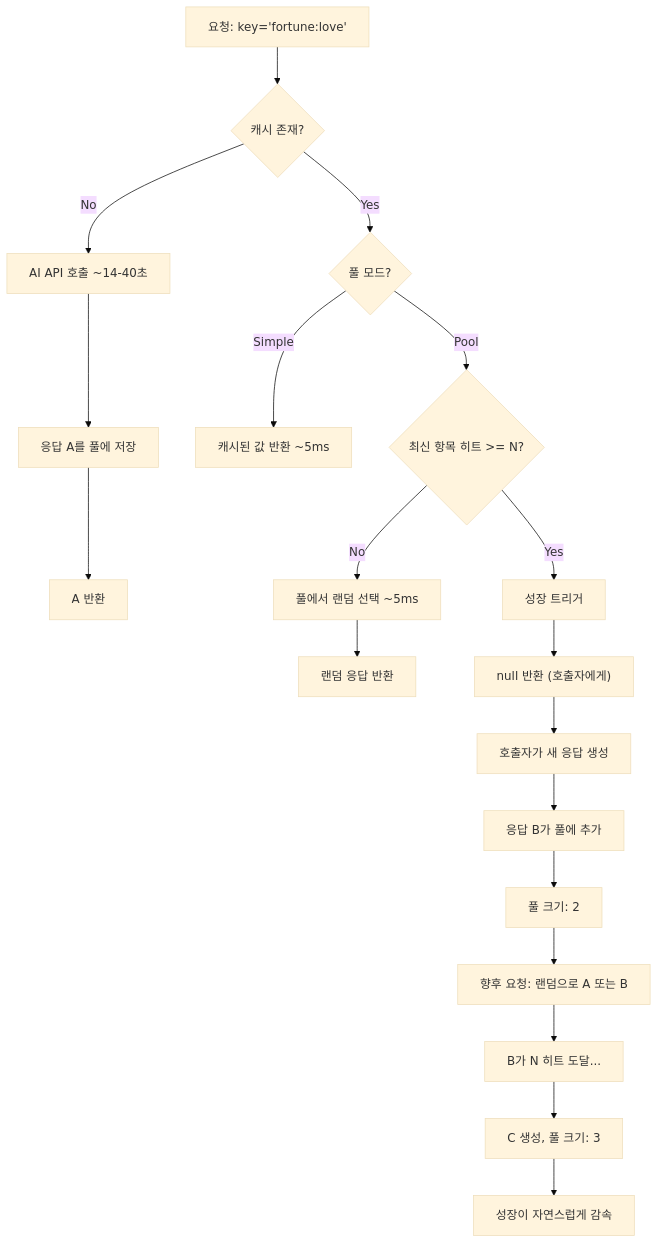
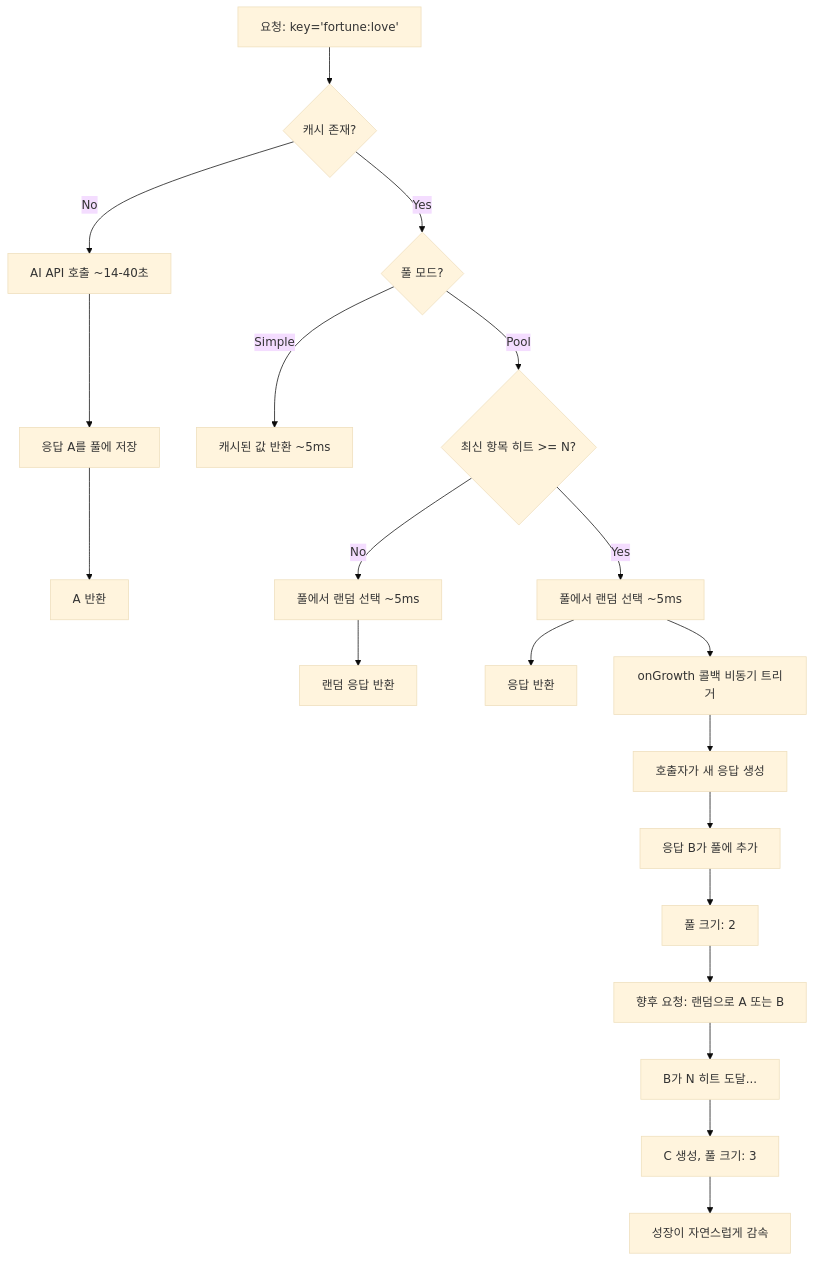
Before and after one commit to nskit-io/growing-pool-cache: the diagram in README.ko.md, drawn with Mermaid (base theme). The commit also changed other lines of this file and 5 other files, not shown here.

````diff
--- a/README.ko.md
+++ b/README.ko.md
@@ -22,25 +22,26 @@
 ```mermaid
 flowchart TD
     A["요청: key='fortune:love'"] --> B{캐시 존재?}
     B -->|No| C["AI API 호출 ~14-40초"]
     C --> D[응답 A를 풀에 저장]
     D --> E[A 반환]
     
     B -->|Yes| F{풀 모드?}
     F -->|Simple| G["캐시된 값 반환 ~5ms"]
     F -->|Pool| H{"최신 항목 히트 >= N?"}
     
     H -->|No| I["풀에서 랜덤 선택 ~5ms"]
     I --> J[랜덤 응답 반환]
     
-    H -->|Yes| K[성장 트리거]
-    K --> L["null 반환 (호출자에게)"]
-    L --> M[호출자가 새 응답 생성]
-    M --> N[응답 B가 풀에 추가]
-    N --> O["풀 크기: 2"]
+    H -->|Yes| K["풀에서 랜덤 선택 ~5ms"]
+    K --> L[응답 반환]
+    K --> M["onGrowth 콜백 비동기 트리거"]
+    M --> N[호출자가 새 응답 생성]
+    N --> O[응답 B가 풀에 추가]
+    O --> P["풀 크기: 2"]
     
-    O --> P["향후 요청: 랜덤으로 A 또는 B"]
-    P --> Q["B가 N 히트 도달..."]
-    Q --> R["C 생성, 풀 크기: 3"]
-    R --> S[성장이 자연스럽게 감속]
+    P --> Q["향후 요청: 랜덤으로 A 또는 B"]
+    Q --> R["B가 N 히트 도달..."]
+    R --> S["C 생성, 풀 크기: 3"]
+    S --> T[성장이 자연스럽게 감속]
 ```
````
